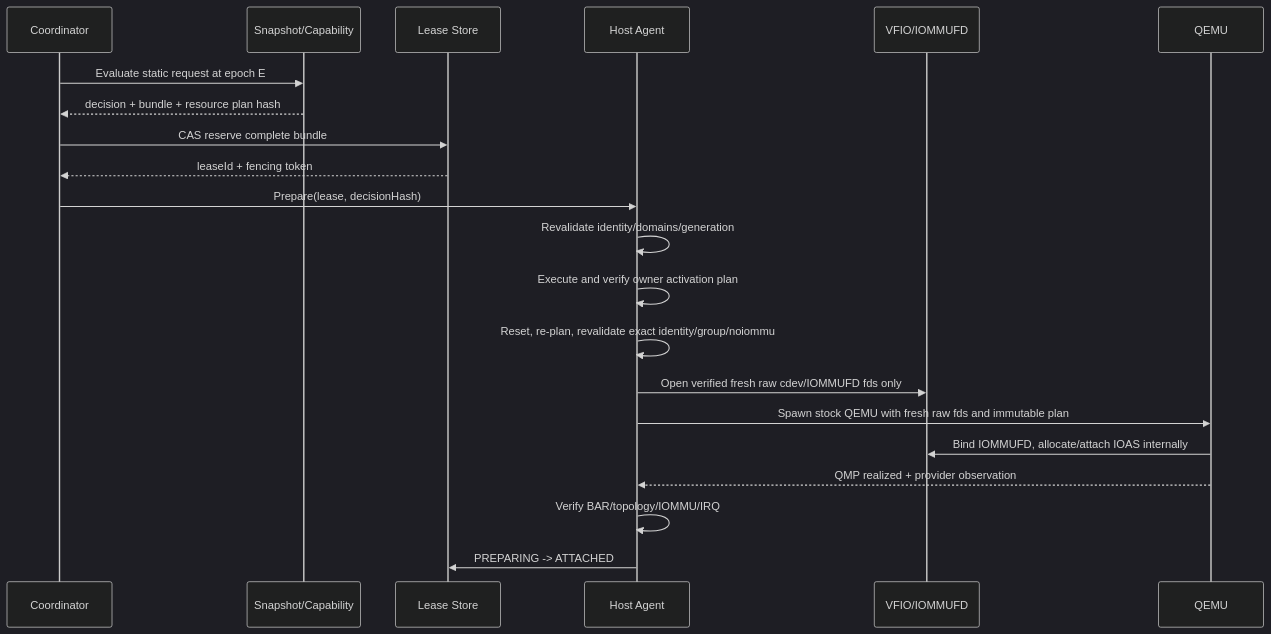
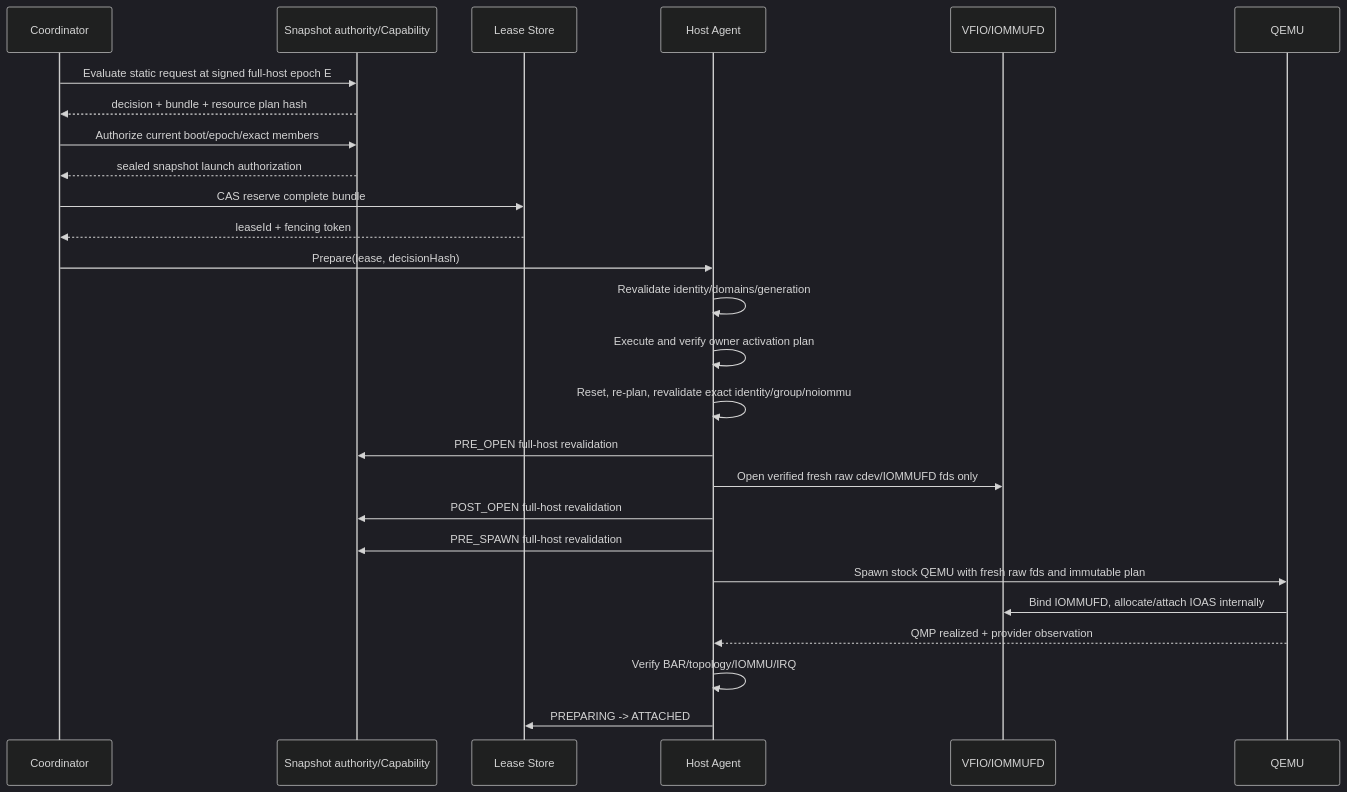
Before and after one commit to JoJoJoinme/pci-mmio-notes: diagram 15 of 21 in qemu-static-dynamic-directpath-design.md, drawn with Mermaid (dark theme). The commit also changed other lines of this file and 26 other files, not shown here.

Commit message:
Implement authoritative PCI snapshot launch chain

````diff
--- a/qemu-static-dynamic-directpath-design.md
+++ b/qemu-static-dynamic-directpath-design.md
@@ -1899,24 +1924,29 @@
 ```mermaid
 sequenceDiagram
     participant C as Coordinator
-    participant S as Snapshot/Capability
+    participant S as Snapshot authority/Capability
     participant L as Lease Store
     participant H as Host Agent
     participant V as VFIO/IOMMUFD
     participant Q as QEMU
 
-    C->>S: Evaluate static request at epoch E
+    C->>S: Evaluate static request at signed full-host epoch E
     S-->>C: decision + bundle + resource plan hash
+    C->>S: Authorize current boot/epoch/exact members
+    S-->>C: sealed snapshot launch authorization
     C->>L: CAS reserve complete bundle
     L-->>C: leaseId + fencing token
     C->>H: Prepare(lease, decisionHash)
     H->>H: Revalidate identity/domains/generation
     H->>H: Execute and verify owner activation plan
     H->>H: Reset, re-plan, revalidate exact identity/group/noiommu
+    H->>S: PRE_OPEN full-host revalidation
     H->>V: Open verified fresh raw cdev/IOMMUFD fds only
+    H->>S: POST_OPEN full-host revalidation
+    H->>S: PRE_SPAWN full-host revalidation
     H->>Q: Spawn stock QEMU with fresh raw fds and immutable plan
     Q->>V: Bind IOMMUFD, allocate/attach IOAS internally
     Q-->>H: QMP realized + provider observation
     H->>H: Verify BAR/topology/IOMMU/IRQ
     H->>L: PREPARING -> ATTACHED
 ```
````
